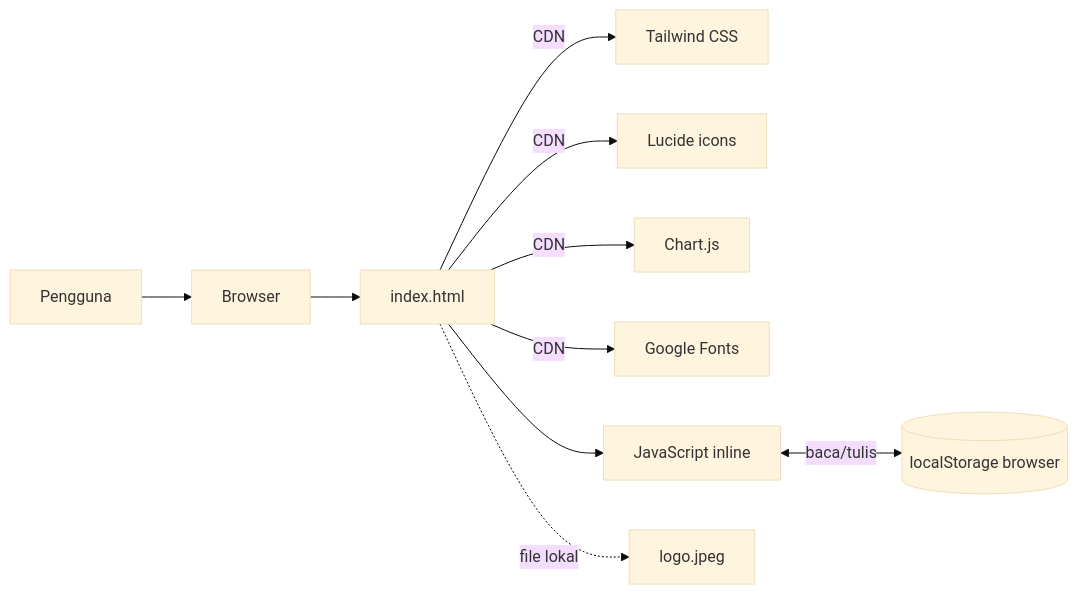
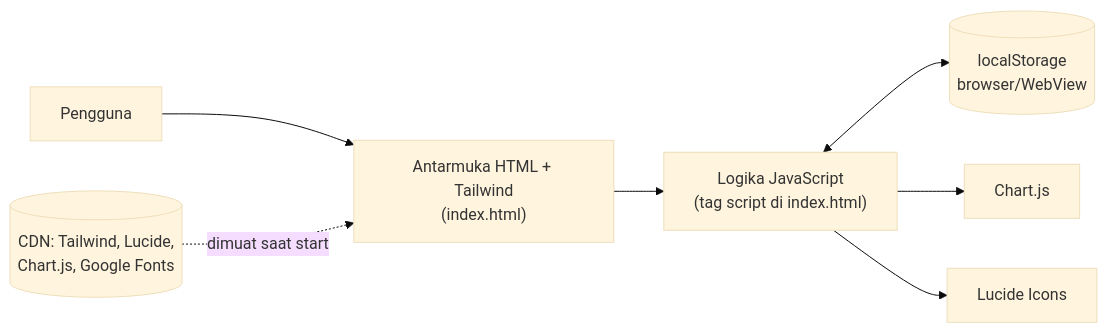
One commit to FarrelPtrv/NataData---Inventaris changed the first of 4 diagrams in docs/ARCHITECTURE.md. Above: the diagram before and after it, drawn with Mermaid (base theme). The commit also changed other lines of this file and 7 other files, not shown here.

````diff
--- a/docs/ARCHITECTURE.md
+++ b/docs/ARCHITECTURE.md
@@ -15,12 +9,9 @@
 ```mermaid
 flowchart LR
-    U[Pengguna] --> B[Browser]
-    B --> H[index.html]
-    H -->|CDN| T[Tailwind CSS]
-    H -->|CDN| L[Lucide icons]
-    H -->|CDN| C[Chart.js]
-    H -->|CDN| F[Google Fonts]
-    H --> J[JavaScript inline]
-    J <-->|baca/tulis| S[(localStorage browser)]
-    H -.->|file lokal| G[logo.jpeg]
+    U[Pengguna] --> UI["Antarmuka HTML + Tailwind<br/>(index.html)"]
+    UI --> JS["Logika JavaScript<br/>(tag script di index.html)"]
+    JS <--> LS[("localStorage<br/>browser/WebView")]
+    JS --> CH[Chart.js]
+    JS --> LU[Lucide Icons]
+    CDN[("CDN: Tailwind, Lucide,<br/>Chart.js, Google Fonts")] -.dimuat saat start.-> UI
 ```
````
